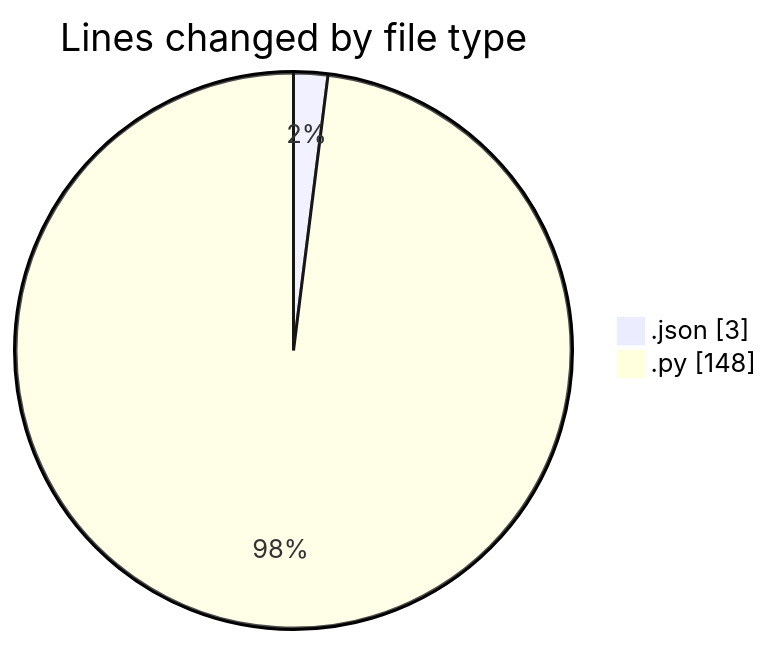
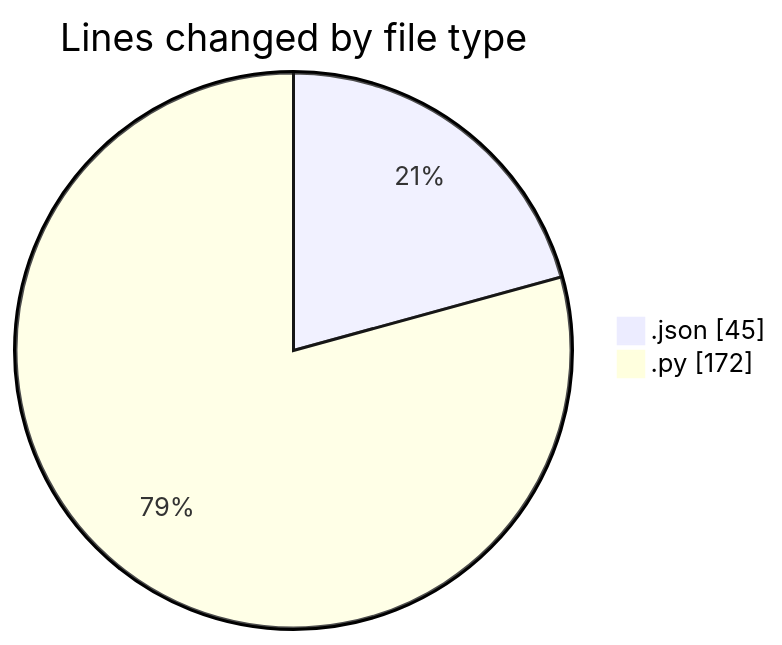
Before and after one commit to MatusMokan/code-tracking: the first of 2 diagrams in 2025-10-08/untitled__workspace_/README.md, drawn with Mermaid. The commit also changed other lines of this file and 1 other file, not shown here.

````diff
--- a/2025-10-08/untitled__workspace_/README.md
+++ b/2025-10-08/untitled__workspace_/README.md
@@ -21,6 +22,6 @@
 ```mermaid
 pie showData
 title Lines changed by file type
-".json" : 3
-".py" : 148
+".json" : 45
+".py" : 172
 ```
````
